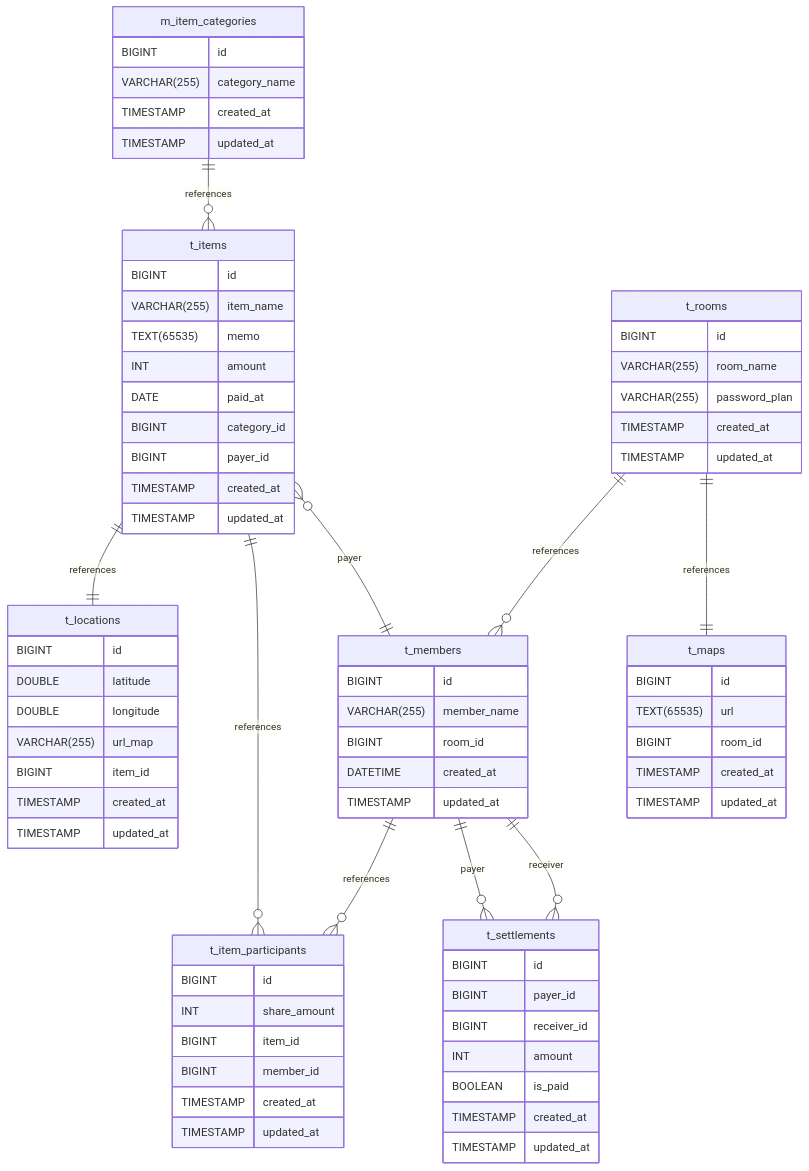
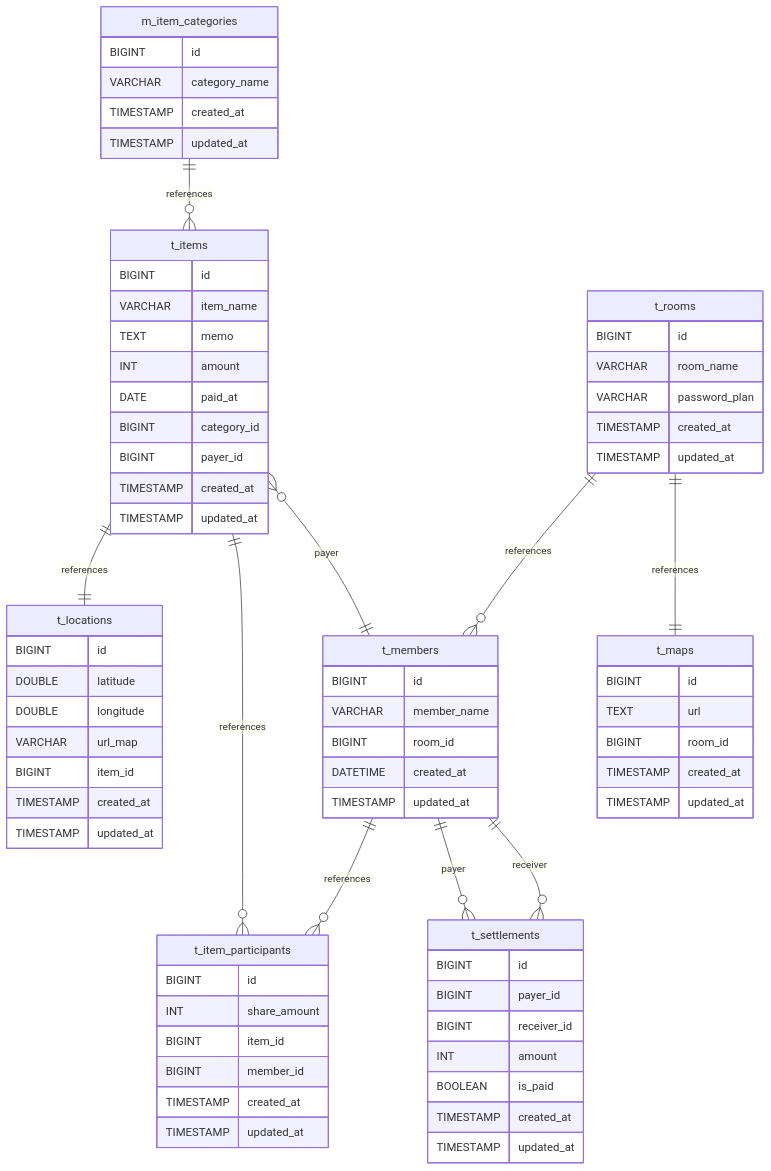
Before and after one commit to Masaharu-Fuji/wherepay: the diagram in doc/er.md, drawn with Mermaid. The commit also changed other lines of this file and 2 other files, not shown here.

Commit message:
Update README and ER diagram documentation to include ER diagram and screenshots sections, enhancing visual guidance for database structure and application interface. Add Mermaid source instructions for ER diagram regeneration and detailed descriptions of key application screens with corresponding images.

````diff
--- a/doc/er.md
+++ b/doc/er.md
@@ -1,84 +3,84 @@
 ```mermaid
 erDiagram
-	t_items ||--|| t_locations : references
-	t_rooms ||--o{ t_members : references
-	t_members ||--o{ t_item_participants : references
-	t_items ||--o{ t_item_participants : references
-	t_members ||--o{ t_settlements : payer
-	t_members ||--o{ t_settlements : receiver
-	m_item_categories ||--o{ t_items : references
-	t_rooms ||--|| t_maps : references
-	t_items }o--|| t_members : payer
+  t_items ||--|| t_locations : references
+  t_rooms ||--o{ t_members : references
+  t_members ||--o{ t_item_participants : references
+  t_items ||--o{ t_item_participants : references
+  t_members ||--o{ t_settlements : payer
+  t_members ||--o{ t_settlements : receiver
+  m_item_categories ||--o{ t_items : references
+  t_rooms ||--|| t_maps : references
+  t_items }o--|| t_members : payer
 
-	m_item_categories {
-		BIGINT id
-		VARCHAR(255) category_name
-		TIMESTAMP created_at
-		TIMESTAMP updated_at
-	}
+  m_item_categories {
+    BIGINT id
+    VARCHAR category_name
+    TIMESTAMP created_at
+    TIMESTAMP updated_at
+  }
 
-	t_rooms {
-		BIGINT id
-		VARCHAR(255) room_name
-		VARCHAR(255) password_plan
-		TIMESTAMP created_at
-		TIMESTAMP updated_at
-	}
+  t_rooms {
+    BIGINT id
+    VARCHAR room_name
+    VARCHAR password_plan
+    TIMESTAMP created_at
+    TIMESTAMP updated_at
+  }
 
-	t_items {
-		BIGINT id
-		VARCHAR(255) item_name
-		TEXT(65535) memo
-		INT amount
-		DATE paid_at
-		BIGINT category_id
-		BIGINT payer_id
-		TIMESTAMP created_at
-		TIMESTAMP updated_at
-	}
+  t_items {
+    BIGINT id
+    VARCHAR item_name
+    TEXT memo
+    INT amount
+    DATE paid_at
+    BIGINT category_id
+    BIGINT payer_id
+    TIMESTAMP created_at
+    TIMESTAMP updated_at
+  }
 
-	t_members {
-		BIGINT id
-		VARCHAR(255) member_name
-		BIGINT room_id
-		DATETIME created_at
-		TIMESTAMP updated_at
-	}
+  t_members {
+    BIGINT id
+    VARCHAR member_name
+    BIGINT room_id
+    DATETIME created_at
+    TIMESTAMP updated_at
+  }
 
-	t_locations {
-		BIGINT id
-		DOUBLE latitude
-		DOUBLE longitude
-		VARCHAR(255) url_map
-		BIGINT item_id
-		TIMESTAMP created_at
-		TIMESTAMP updated_at
-	}
+  t_locations {
+    BIGINT id
+    DOUBLE latitude
+    DOUBLE longitude
+    VARCHAR url_map
+    BIGINT item_id
+    TIMESTAMP created_at
+    TIMESTAMP updated_at
+  }
 
-	t_item_participants {
-		BIGINT id
-		INT share_amount
-		BIGINT item_id
-		BIGINT member_id
-		TIMESTAMP created_at
-		TIMESTAMP updated_at
-	}
+  t_item_participants {
+    BIGINT id
+    INT share_amount
+    BIGINT item_id
+    BIGINT member_id
+    TIMESTAMP created_at
+    TIMESTAMP updated_at
+  }
 
-	t_settlements {
-		BIGINT id
-		BIGINT payer_id
-		BIGINT receiver_id
-		INT amount
-		BOOLEAN is_paid
-		TIMESTAMP created_at
-		TIMESTAMP updated_at
-	}
+  t_settlements {
+    BIGINT id
+    BIGINT payer_id
+    BIGINT receiver_id
+    INT amount
+    BOOLEAN is_paid
+    TIMESTAMP created_at
+    TIMESTAMP updated_at
+  }
 
-	t_maps {
-		BIGINT id
-		TEXT(65535) url
-		BIGINT room_id
-		TIMESTAMP created_at
-		TIMESTAMP updated_at
-	}
+  t_maps {
+    BIGINT id
+    TEXT url
+    BIGINT room_id
+    TIMESTAMP created_at
+    TIMESTAMP updated_at
+  }
 ```
````
